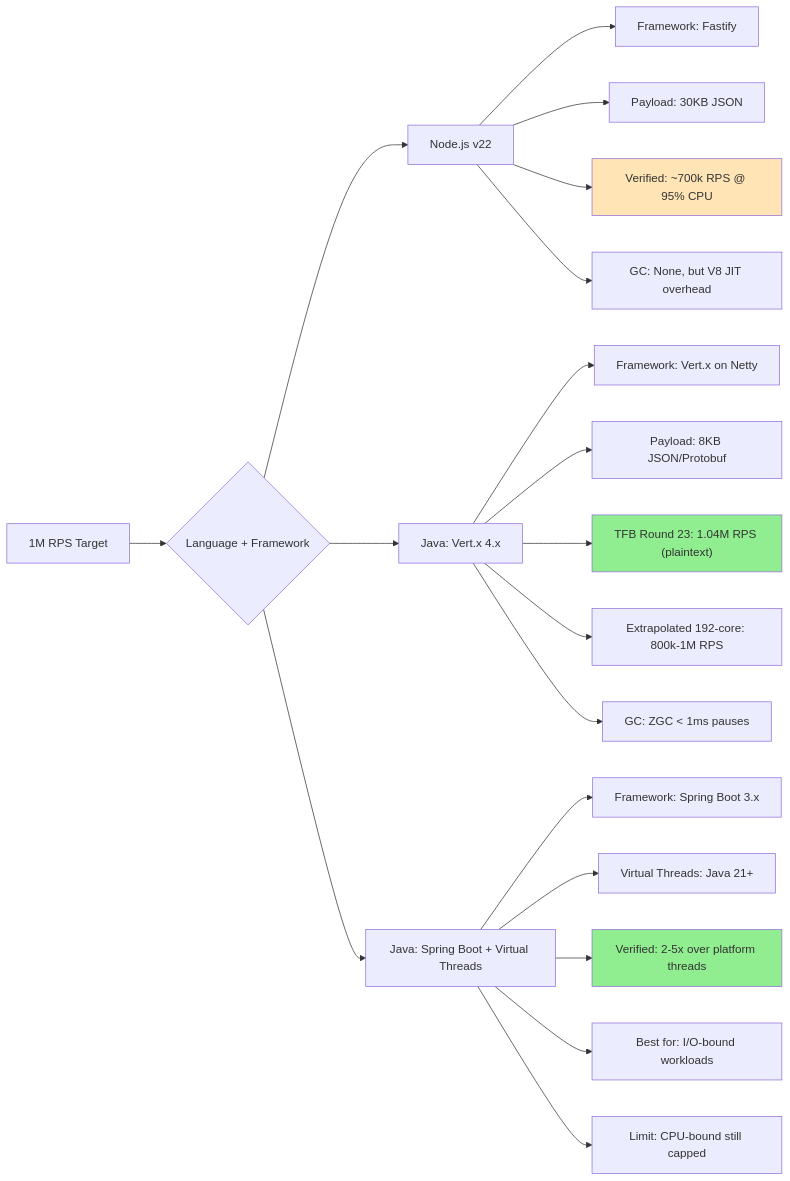
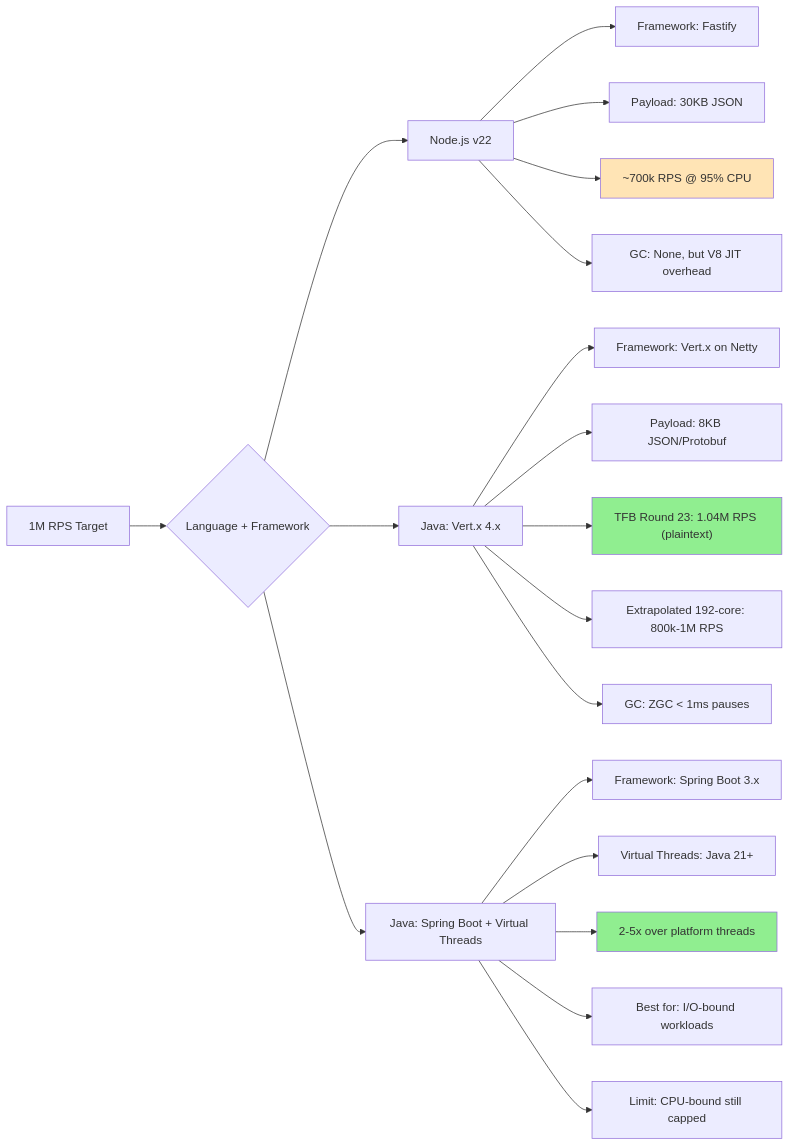
One commit to rsrini7/Learnings changed the third of 5 diagrams in Architecture/Scaling-1M-RPS-Java.md. Above: the diagram before and after it, drawn with Mermaid. The commit also changed other lines of this file, not shown here.

First line of the commit message:
docs: update architecture blueprint with simplified verification markers

````diff
--- a/Architecture/Scaling-1M-RPS-Java.md
+++ b/Architecture/Scaling-1M-RPS-Java.md
@@ -453,29 +438,29 @@
 ```mermaid
 graph LR
     A[1M RPS Target] --> B{Language + Framework}
     
     B --> C[Node.js v22]
     B --> D[Java: Vert.x 4.x]
     B --> E[Java: Spring Boot + Virtual Threads]
     
     C --> C1["Framework: Fastify"]
     C --> C2["Payload: 30KB JSON"]
-    C --> C3["Verified: ~700k RPS @ 95% CPU"]
+    C --> C3["~700k RPS @ 95% CPU"]
     C --> C4["GC: None, but V8 JIT overhead"]
     
     D --> D1["Framework: Vert.x on Netty"]
     D --> D2["Payload: 8KB JSON/Protobuf"]
     D --> D3["TFB Round 23: 1.04M RPS (plaintext)"]
     D --> D4["Extrapolated 192-core: 800k-1M RPS"]
     D --> D5["GC: ZGC < 1ms pauses"]
     
     E --> E1["Framework: Spring Boot 3.x"]
     E --> E2["Virtual Threads: Java 21+"]
-    E --> E3["Verified: 2-5x over platform threads"]
+    E --> E3["2-5x over platform threads"]
     E --> E4["Best for: I/O-bound workloads"]
     E --> E5["Limit: CPU-bound still capped"]
     
     style C3 fill:#FFE4B5
     style D3 fill:#90EE90
     style E3 fill:#90EE90
 ```
````
